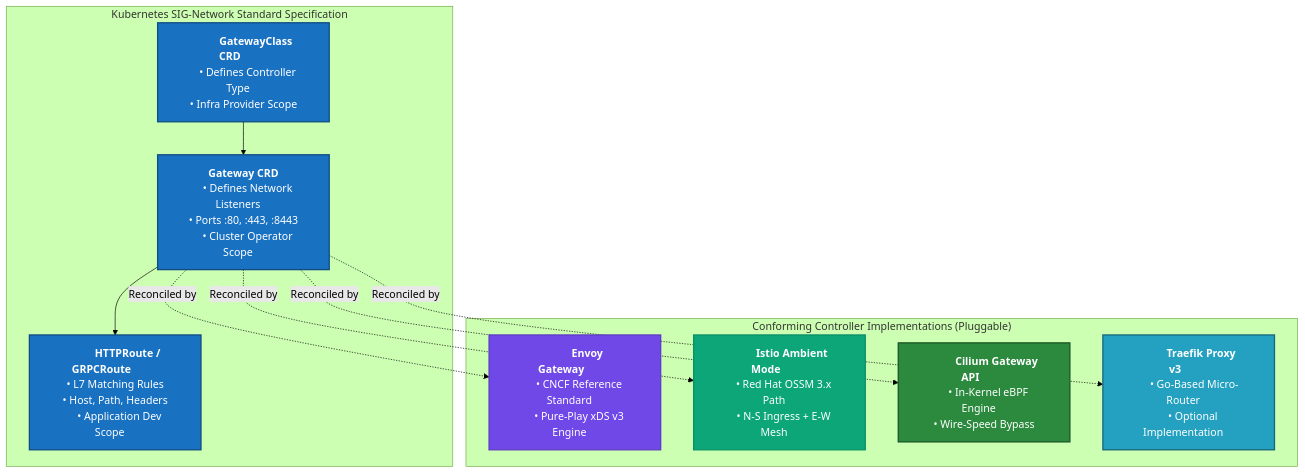
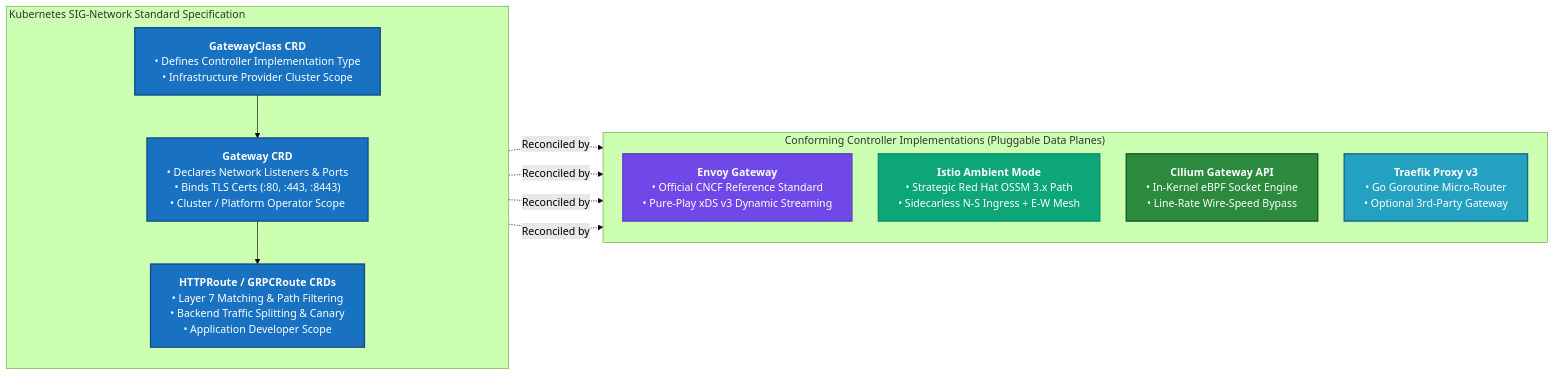
The first of 6 diagrams in docs/GATEWAY_API_WITHOUT_TRAEFIK.md (nubenetes/cloudnative-ingress-mesh-lab), drawn with Mermaid (forest theme) before and after one commit. The commit also changed other lines of this file, not shown here.

Commit message:
docs(gateway-api): fix diagrams with wrappingWidth/hexagons, deepen Cilium encryption analysis, and add 2026-2027 maturity matrix

````diff
--- a/docs/GATEWAY_API_WITHOUT_TRAEFIK.md
+++ b/docs/GATEWAY_API_WITHOUT_TRAEFIK.md
@@ -81,34 +85,37 @@
 ```mermaid
-flowchart TD
-    subgraph SpecLayer ["&nbsp;&nbsp;&nbsp;&nbsp;&nbsp;&nbsp;&nbsp;&nbsp;&nbsp;&nbsp;&nbsp;&nbsp;Kubernetes SIG-Network Standard Specification&nbsp;&nbsp;&nbsp;&nbsp;&nbsp;&nbsp;&nbsp;&nbsp;&nbsp;&nbsp;&nbsp;&nbsp;"]
-        CRD1["&nbsp;&nbsp;&nbsp;&nbsp;&nbsp;&nbsp;&nbsp;&nbsp;&nbsp;&nbsp;<b>GatewayClass CRD</b>&nbsp;&nbsp;&nbsp;&nbsp;&nbsp;&nbsp;&nbsp;&nbsp;&nbsp;&nbsp;<br/>&nbsp;&nbsp;&nbsp;&nbsp;• Defines Controller Type&nbsp;&nbsp;&nbsp;&nbsp;<br/>&nbsp;&nbsp;&nbsp;&nbsp;• Infra Provider Scope&nbsp;&nbsp;&nbsp;&nbsp;"]
-        CRD2["&nbsp;&nbsp;&nbsp;&nbsp;&nbsp;&nbsp;&nbsp;&nbsp;&nbsp;&nbsp;<b>Gateway CRD</b>&nbsp;&nbsp;&nbsp;&nbsp;&nbsp;&nbsp;&nbsp;&nbsp;&nbsp;&nbsp;<br/>&nbsp;&nbsp;&nbsp;&nbsp;• Defines Network Listeners&nbsp;&nbsp;&nbsp;&nbsp;<br/>&nbsp;&nbsp;&nbsp;&nbsp;• Ports :80, :443, :8443&nbsp;&nbsp;&nbsp;&nbsp;<br/>&nbsp;&nbsp;&nbsp;&nbsp;• Cluster Operator Scope&nbsp;&nbsp;&nbsp;&nbsp;"]
-        CRD3["&nbsp;&nbsp;&nbsp;&nbsp;&nbsp;&nbsp;&nbsp;&nbsp;&nbsp;&nbsp;<b>HTTPRoute / GRPCRoute</b>&nbsp;&nbsp;&nbsp;&nbsp;&nbsp;&nbsp;&nbsp;&nbsp;&nbsp;&nbsp;<br/>&nbsp;&nbsp;&nbsp;&nbsp;• L7 Matching Rules&nbsp;&nbsp;&nbsp;&nbsp;<br/>&nbsp;&nbsp;&nbsp;&nbsp;• Host, Path, Headers&nbsp;&nbsp;&nbsp;&nbsp;<br/>&nbsp;&nbsp;&nbsp;&nbsp;• Application Dev Scope&nbsp;&nbsp;&nbsp;&nbsp;"]
+%%{init: {"flowchart": {"wrappingWidth": 450, "nodeSpacing": 40, "rankSpacing": 40}}}%%
+flowchart LR
+    subgraph SpecLayer ["Kubernetes SIG-Network Standard Specification&nbsp;&nbsp;&nbsp;&nbsp;&nbsp;&nbsp;&nbsp;&nbsp;&nbsp;&nbsp;&nbsp;&nbsp;&nbsp;&nbsp;&nbsp;&nbsp;&nbsp;&nbsp;&nbsp;&nbsp;&nbsp;&nbsp;&nbsp;&nbsp;&nbsp;&nbsp;&nbsp;&nbsp;&nbsp;&nbsp;&nbsp;&nbsp;&nbsp;&nbsp;&nbsp;&nbsp;&nbsp;&nbsp;&nbsp;&nbsp;&nbsp;&nbsp;&nbsp;&nbsp;&nbsp;&nbsp;&nbsp;&nbsp;&nbsp;&nbsp;&nbsp;&nbsp;&nbsp;&nbsp;&nbsp;&nbsp;&nbsp;&nbsp;&nbsp;&nbsp;&nbsp;&nbsp;&nbsp;&nbsp;&nbsp;&nbsp;&nbsp;&nbsp;&nbsp;&nbsp;&nbsp;&nbsp;&nbsp;&nbsp;&nbsp;&nbsp;&nbsp;&nbsp;&nbsp;&nbsp;&nbsp;&nbsp;&nbsp;&nbsp;&nbsp;&nbsp;&nbsp;&nbsp;&nbsp;&nbsp;&nbsp;&nbsp;&nbsp;&nbsp;&nbsp;"]
+        direction TB
+        CRD1["<b>GatewayClass CRD</b><br/>• Defines Controller Implementation Type<br/>• Infrastructure Provider Cluster Scope"]
+        CRD2["<b>Gateway CRD</b><br/>• Declares Network Listeners & Ports<br/>• Binds TLS Certs (:80, :443, :8443)<br/>• Cluster / Platform Operator Scope"]
+        CRD3["<b>HTTPRoute / GRPCRoute CRDs</b><br/>• Layer 7 Matching & Path Filtering<br/>• Backend Traffic Splitting & Canary<br/>• Application Developer Scope"]
         
         CRD1 --> CRD2 --> CRD3
     end
 
-    subgraph ImplLayer ["&nbsp;&nbsp;&nbsp;&nbsp;&nbsp;&nbsp;&nbsp;&nbsp;&nbsp;&nbsp;&nbsp;&nbsp;Conforming Controller Implementations (Pluggable)&nbsp;&nbsp;&nbsp;&nbsp;&nbsp;&nbsp;&nbsp;&nbsp;&nbsp;&nbsp;&nbsp;&nbsp;"]
-        EnvoyGW["&nbsp;&nbsp;&nbsp;&nbsp;&nbsp;&nbsp;&nbsp;&nbsp;&nbsp;&nbsp;<b>Envoy Gateway</b>&nbsp;&nbsp;&nbsp;&nbsp;&nbsp;&nbsp;&nbsp;&nbsp;&nbsp;&nbsp;<br/>&nbsp;&nbsp;&nbsp;&nbsp;• CNCF Reference Standard&nbsp;&nbsp;&nbsp;&nbsp;<br/>&nbsp;&nbsp;&nbsp;&nbsp;• Pure-Play xDS v3 Engine&nbsp;&nbsp;&nbsp;&nbsp;"]
-        IstioGW["&nbsp;&nbsp;&nbsp;&nbsp;&nbsp;&nbsp;&nbsp;&nbsp;&nbsp;&nbsp;<b>Istio Ambient Mode</b>&nbsp;&nbsp;&nbsp;&nbsp;&nbsp;&nbsp;&nbsp;&nbsp;&nbsp;&nbsp;<br/>&nbsp;&nbsp;&nbsp;&nbsp;• Red Hat OSSM 3.x Path&nbsp;&nbsp;&nbsp;&nbsp;<br/>&nbsp;&nbsp;&nbsp;&nbsp;• N-S Ingress + E-W Mesh&nbsp;&nbsp;&nbsp;&nbsp;"]
-        CiliumGW["&nbsp;&nbsp;&nbsp;&nbsp;&nbsp;&nbsp;&nbsp;&nbsp;&nbsp;&nbsp;<b>Cilium Gateway API</b>&nbsp;&nbsp;&nbsp;&nbsp;&nbsp;&nbsp;&nbsp;&nbsp;&nbsp;&nbsp;<br/>&nbsp;&nbsp;&nbsp;&nbsp;• In-Kernel eBPF Engine&nbsp;&nbsp;&nbsp;&nbsp;<br/>&nbsp;&nbsp;&nbsp;&nbsp;• Wire-Speed Bypass&nbsp;&nbsp;&nbsp;&nbsp;"]
-        TraefikGW["&nbsp;&nbsp;&nbsp;&nbsp;&nbsp;&nbsp;&nbsp;&nbsp;&nbsp;&nbsp;<b>Traefik Proxy v3</b>&nbsp;&nbsp;&nbsp;&nbsp;&nbsp;&nbsp;&nbsp;&nbsp;&nbsp;&nbsp;<br/>&nbsp;&nbsp;&nbsp;&nbsp;• Go-Based Micro-Router&nbsp;&nbsp;&nbsp;&nbsp;<br/>&nbsp;&nbsp;&nbsp;&nbsp;• Optional Implementation&nbsp;&nbsp;&nbsp;&nbsp;"]
+    subgraph ImplLayer ["Conforming Controller Implementations (Pluggable Data Planes)&nbsp;&nbsp;&nbsp;&nbsp;&nbsp;&nbsp;&nbsp;&nbsp;&nbsp;&nbsp;&nbsp;&nbsp;&nbsp;&nbsp;&nbsp;&nbsp;&nbsp;&nbsp;&nbsp;&nbsp;&nbsp;&nbsp;&nbsp;&nbsp;&nbsp;&nbsp;&nbsp;&nbsp;&nbsp;&nbsp;&nbsp;&nbsp;&nbsp;&nbsp;&nbsp;&nbsp;&nbsp;&nbsp;&nbsp;&nbsp;&nbsp;&nbsp;&nbsp;&nbsp;&nbsp;&nbsp;&nbsp;&nbsp;&nbsp;&nbsp;&nbsp;&nbsp;&nbsp;&nbsp;&nbsp;&nbsp;&nbsp;&nbsp;&nbsp;&nbsp;&nbsp;&nbsp;&nbsp;&nbsp;&nbsp;&nbsp;&nbsp;&nbsp;&nbsp;&nbsp;&nbsp;&nbsp;&nbsp;&nbsp;&nbsp;&nbsp;&nbsp;&nbsp;&nbsp;&nbsp;&nbsp;&nbsp;&nbsp;&nbsp;&nbsp;&nbsp;&nbsp;&nbsp;&nbsp;&nbsp;&nbsp;&nbsp;&nbsp;&nbsp;&nbsp;"]
+        direction TB
+        EnvoyGW["<b>Envoy Gateway</b><br/>• Official CNCF Reference Standard<br/>• Pure-Play xDS v3 Dynamic Streaming"]
+        IstioGW["<b>Istio Ambient Mode</b><br/>• Strategic Red Hat OSSM 3.x Path<br/>• Sidecarless N-S Ingress + E-W Mesh"]
+        CiliumGW["<b>Cilium Gateway API</b><br/>• In-Kernel eBPF Socket Engine<br/>• Line-Rate Wire-Speed Bypass"]
+        TraefikGW["<b>Traefik Proxy v3</b><br/>• Go Goroutine Micro-Router<br/>• Optional 3rd-Party Gateway"]
     end
 
     CRD2 -.->|"Reconciled by"| EnvoyGW
     CRD2 -.->|"Reconciled by"| IstioGW
     CRD2 -.->|"Reconciled by"| CiliumGW
     CRD2 -.->|"Reconciled by"| TraefikGW
 
-    classDef spec fill:#1971c2,stroke:#114d84,stroke-width:2px,color:#fff;
-    classDef eg fill:#7048e8,stroke:#5f3dc4,stroke-width:2px,color:#fff;
-    classDef istio fill:#0ca678,stroke:#099268,stroke-width:2px,color:#fff;
-    classDef cilium fill:#2b8a3e,stroke:#1b5727,stroke-width:2px,color:#fff;
-    classDef traefik fill:#24A1C1,stroke:#18687d,stroke-width:2px,color:#fff;
+    classDef spec fill:#1971c2,stroke:#114d84,stroke-width:2px,color:#fff,min-width:300px;
+    classDef eg fill:#7048e8,stroke:#5f3dc4,stroke-width:2px,color:#fff,min-width:280px;
+    classDef istio fill:#0ca678,stroke:#099268,stroke-width:2px,color:#fff,min-width:280px;
+    classDef cilium fill:#2b8a3e,stroke:#1b5727,stroke-width:2px,color:#fff,min-width:280px;
+    classDef traefik fill:#24A1C1,stroke:#18687d,stroke-width:2px,color:#fff,min-width:280px;
 
     class CRD1,CRD2,CRD3 spec;
     class EnvoyGW eg;
     class IstioGW istio;
     class CiliumGW cilium;
     class TraefikGW traefik;
 ```
````
